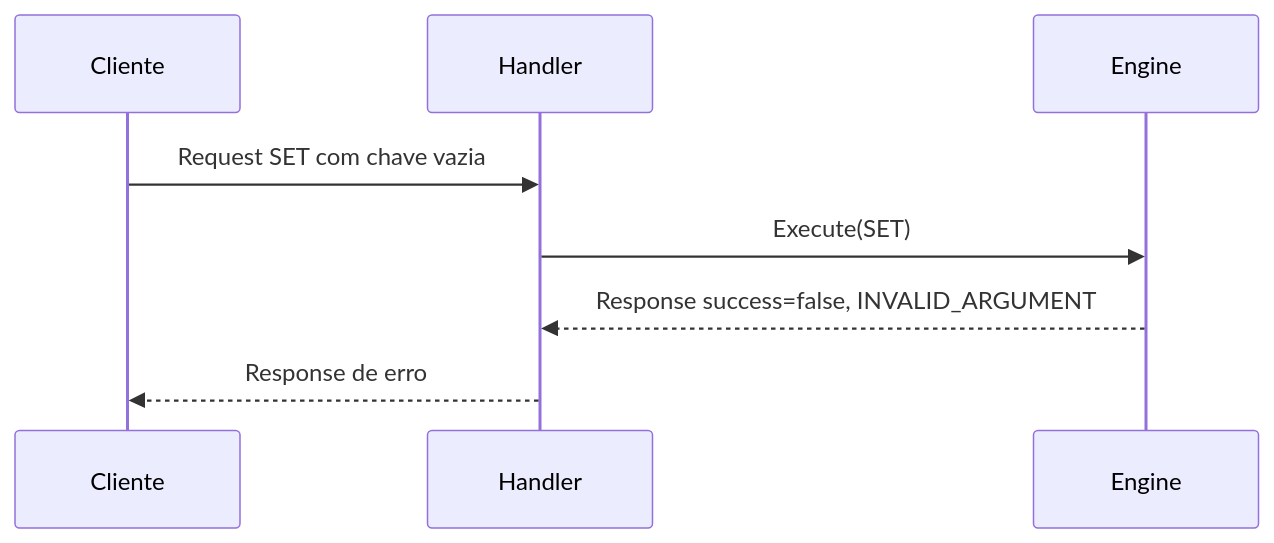
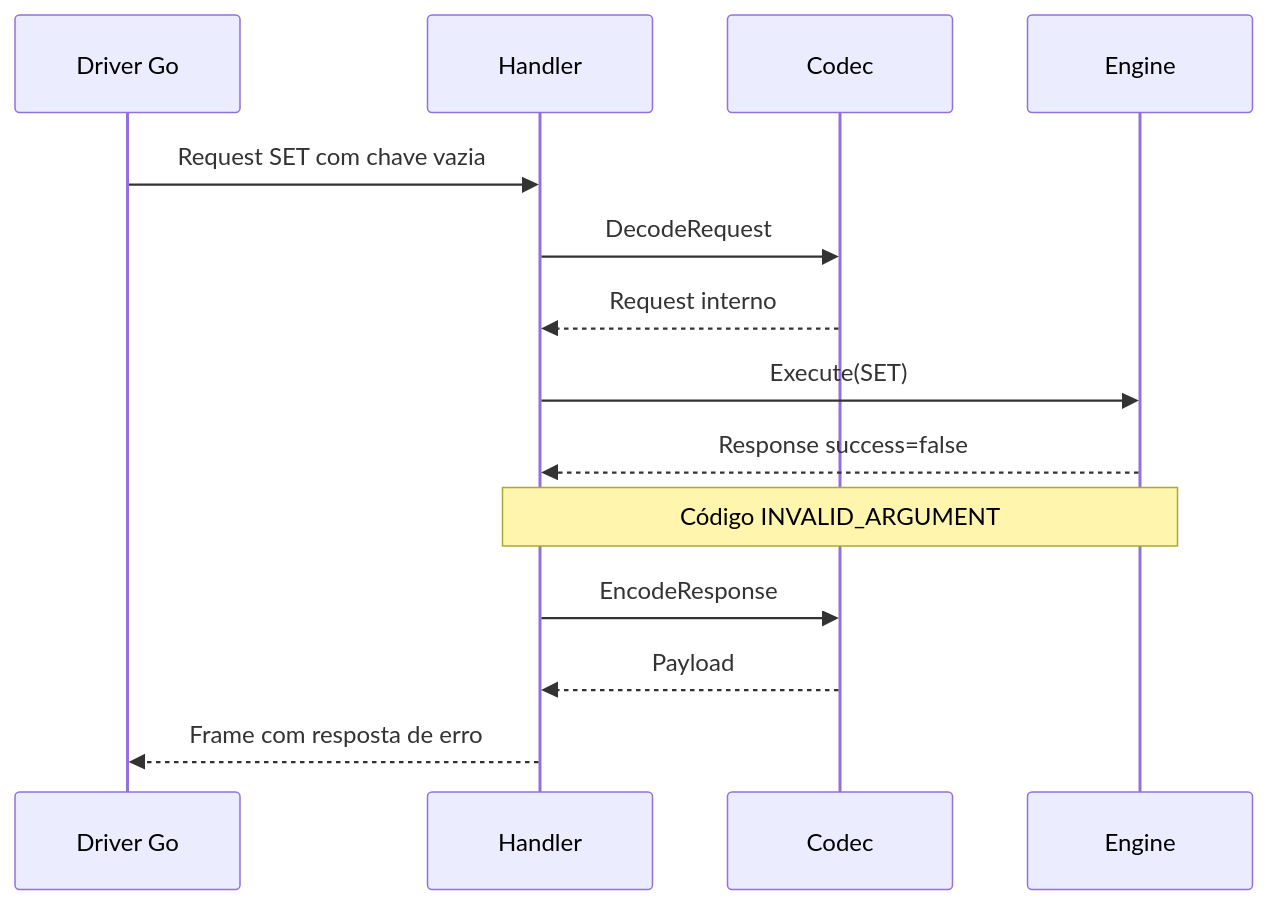
One commit to pescador95/memorydb changed the fifth of 6 diagrams in docs/tecnica/ARQUITETURA.md. Above: the diagram before and after it, drawn with Mermaid. The commit also changed other lines of this file and 26 other files, not shown here.

First line of the commit message:
refactor(architecture): modulariza transporte e inicia drivers

````diff
--- a/docs/tecnica/ARQUITETURA.md
+++ b/docs/tecnica/ARQUITETURA.md
@@ -151,10 +338,17 @@
 ```mermaid
 sequenceDiagram
-    participant C as Cliente
+    participant C as Driver Go
     participant H as Handler
+    participant P as Codec
     participant E as Engine
+
     C->>H: Request SET com chave vazia
+    H->>P: DecodeRequest
+    P-->>H: Request interno
     H->>E: Execute(SET)
-    E-->>H: Response success=false, INVALID_ARGUMENT
-    H-->>C: Response de erro
+    E-->>H: Response success=false
+    Note over E,H: Código INVALID_ARGUMENT
+    H->>P: EncodeResponse
+    P-->>H: Payload
+    H-->>C: Frame com resposta de erro
 ```
````
